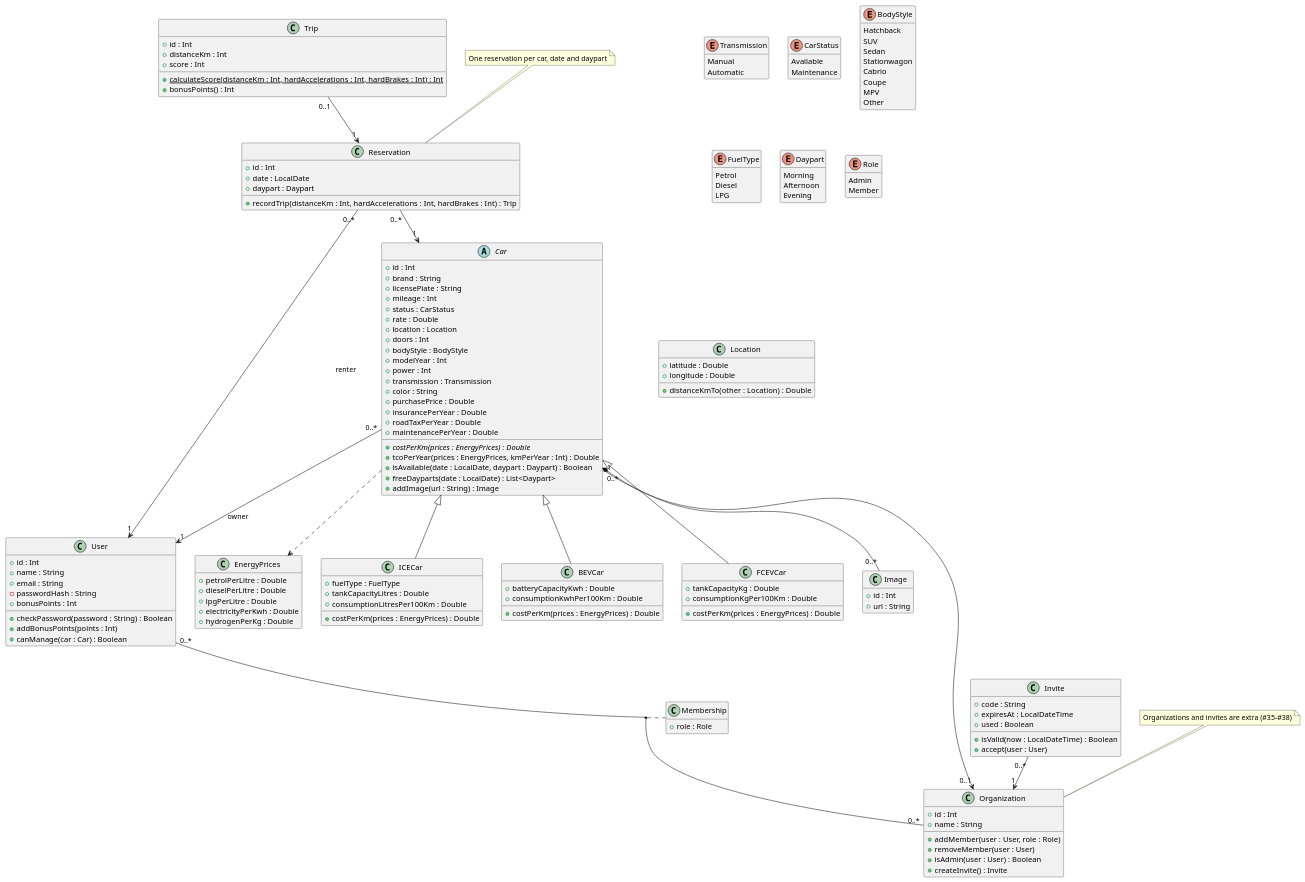
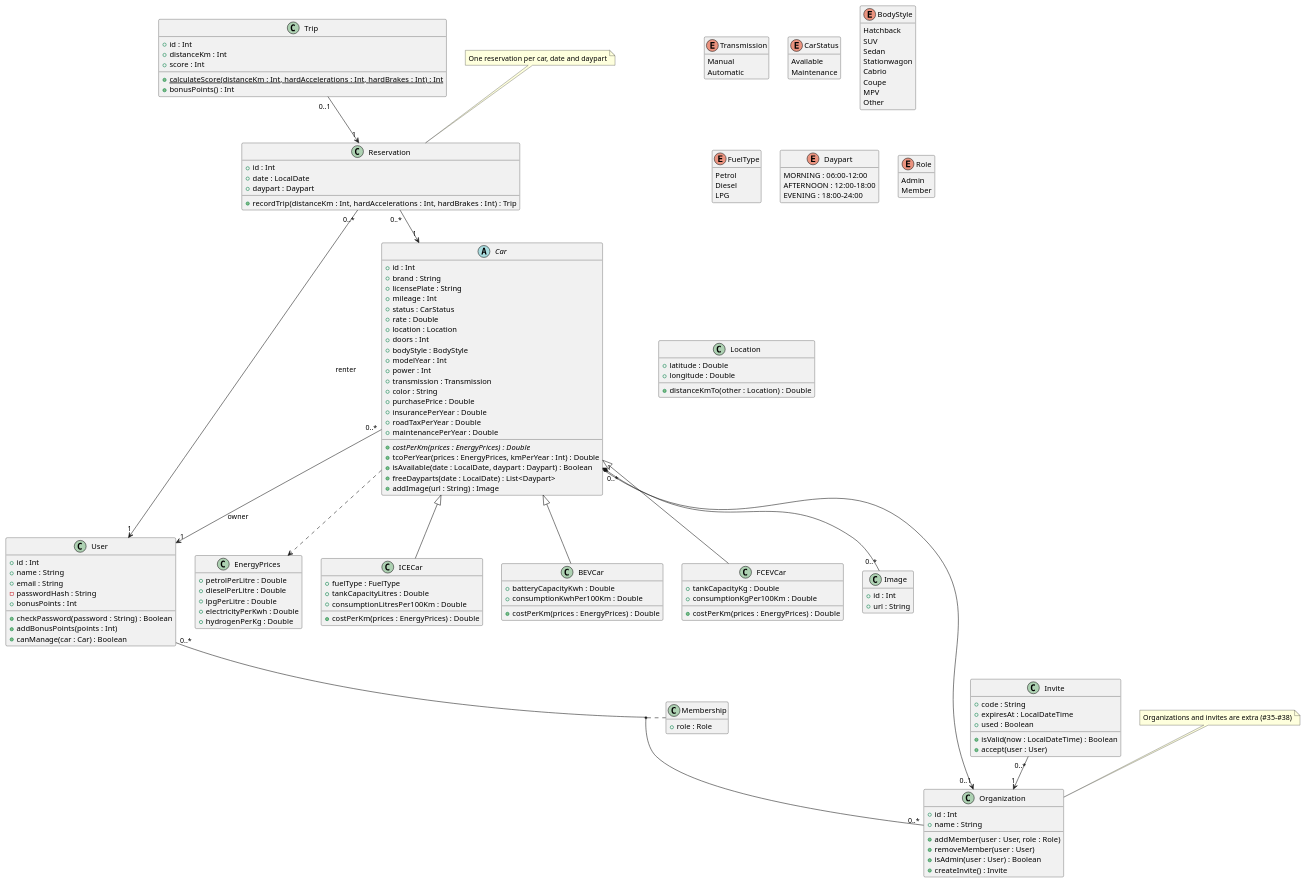
Before and after one commit to Rent-a-car-38291/rent-a-car: the diagram in docs/diagrams/domain-model.puml, drawn with PlantUML. The commit also changed 18 other files, not shown here.

```diff
--- a/docs/diagrams/domain-model.puml
+++ b/docs/diagrams/domain-model.puml
@@ -1,175 +1,175 @@
 @startuml
 ' Analysis view: the domain as agreed in the backlog, including parts that aren't built yet.
 ' For what the code looks like today, see the class-*.puml diagrams.
 hide empty members
 
 enum Transmission {
   Manual
   Automatic
 }
 
 ' Rented is gone: whether a car is rented depends on the daypart (#16).
 enum CarStatus {
   Available
   Maintenance
 }
 
 enum BodyStyle {
   Hatchback
   SUV
   Sedan
   Stationwagon
   Cabrio
   Coupe
   MPV
   Other
 }
 
 enum FuelType {
   Petrol
   Diesel
   LPG
 }
 
 enum Daypart {
-  Morning
-  Afternoon
-  Evening
+  MORNING : 06:00-12:00
+  AFTERNOON : 12:00-18:00
+  EVENING : 18:00-24:00
 }
 
 enum Role {
   Admin
   Member
 }
 
 class Location {
   + latitude : Double
   + longitude : Double
   + distanceKmTo(other : Location) : Double
 }
 
 class EnergyPrices {
   + petrolPerLitre : Double
   + dieselPerLitre : Double
   + lpgPerLitre : Double
   + electricityPerKwh : Double
   + hydrogenPerKg : Double
 }
 
 class User {
   + id : Int
   + name : String
   + email : String
   - passwordHash : String
   + bonusPoints : Int
   + checkPassword(password : String) : Boolean
   + addBonusPoints(points : Int)
   + canManage(car : Car) : Boolean
 }
 
 abstract class Car {
   + id : Int
   + brand : String
   + licensePlate : String
   + mileage : Int
   + status : CarStatus
   + rate : Double
   + location : Location
   + doors : Int
   + bodyStyle : BodyStyle
   + modelYear : Int
   + power : Int
   + transmission : Transmission
   + color : String
   + purchasePrice : Double
   + insurancePerYear : Double
   + roadTaxPerYear : Double
   + maintenancePerYear : Double
   + {abstract} costPerKm(prices : EnergyPrices) : Double
   + tcoPerYear(prices : EnergyPrices, kmPerYear : Int) : Double
   + isAvailable(date : LocalDate, daypart : Daypart) : Boolean
   + freeDayparts(date : LocalDate) : List<Daypart>
   + addImage(url : String) : Image
 }
 
 class ICECar {
   + fuelType : FuelType
   + tankCapacityLitres : Double
   + consumptionLitresPer100Km : Double
   + costPerKm(prices : EnergyPrices) : Double
 }
 
 class BEVCar {
   + batteryCapacityKwh : Double
   + consumptionKwhPer100Km : Double
   + costPerKm(prices : EnergyPrices) : Double
 }
 
 class FCEVCar {
   + tankCapacityKg : Double
   + consumptionKgPer100Km : Double
   + costPerKm(prices : EnergyPrices) : Double
 }
 
 class Image {
   + id : Int
   + url : String
 }
 
 class Reservation {
   + id : Int
   + date : LocalDate
   + daypart : Daypart
   + recordTrip(distanceKm : Int, hardAccelerations : Int, hardBrakes : Int) : Trip
 }
 
 class Trip {
   + id : Int
   + distanceKm : Int
   + score : Int
   + {static} calculateScore(distanceKm : Int, hardAccelerations : Int, hardBrakes : Int) : Int
   + bonusPoints() : Int
 }
 
 class Organization {
   + id : Int
   + name : String
   + addMember(user : User, role : Role)
   + removeMember(user : User)
   + isAdmin(user : User) : Boolean
   + createInvite() : Invite
 }
 
 class Membership {
   + role : Role
 }
 
 class Invite {
   + code : String
   + expiresAt : LocalDateTime
   + used : Boolean
   + isValid(now : LocalDateTime) : Boolean
   + accept(user : User)
 }
 
 Car <|-- ICECar
 Car <|-- BEVCar
 Car <|-- FCEVCar
 
 Car "0..*" --> "1" User : owner
 Car "0..*" --> "0..1" Organization
 Car "1" *-- "0..*" Image
 Car ..> EnergyPrices
 Reservation "0..*" --> "1" Car
 Reservation "0..*" --> "1" User : renter
 Trip "0..1" --> "1" Reservation
 User "0..*" -- "0..*" Organization
 (User, Organization) .. Membership
 Invite "0..*" --> "1" Organization
 
 note "One reservation per car, date and daypart" as N1
 N1 .. Reservation
 note "Organizations and invites are extra (#35–#38)" as N2
 N2 .. Organization
 
 @enduml
```
